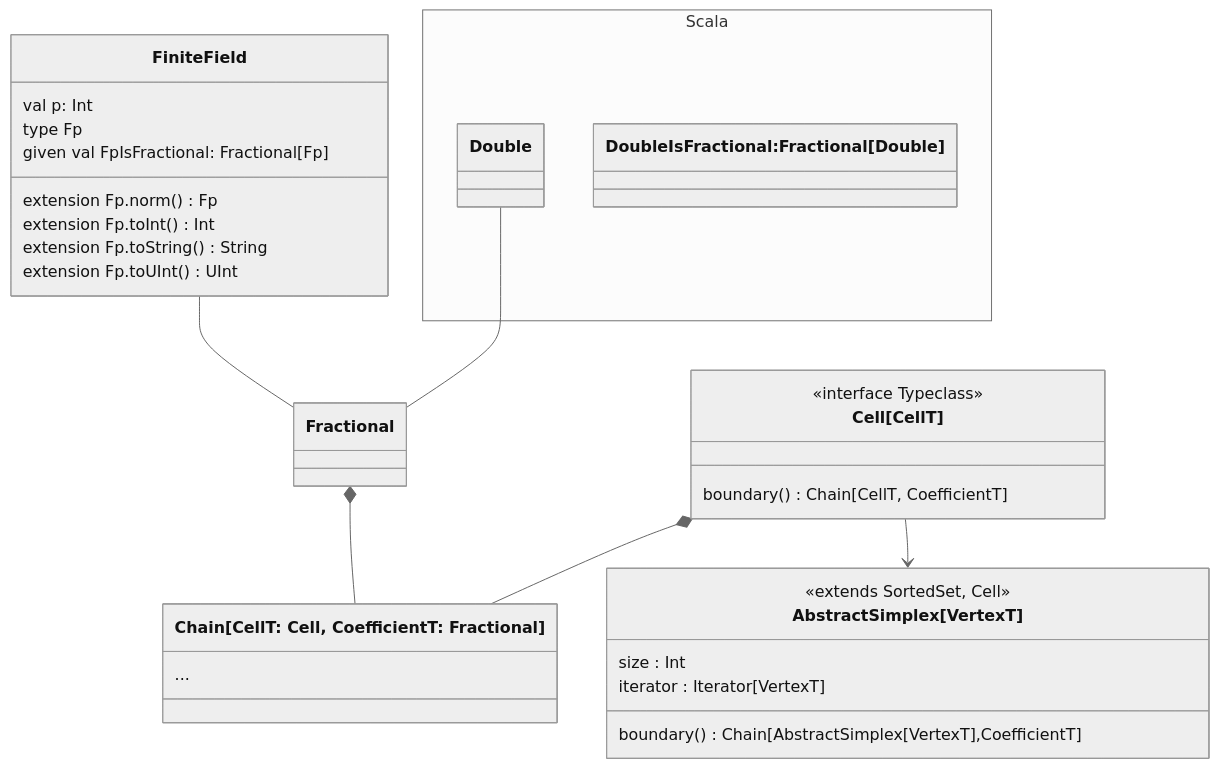
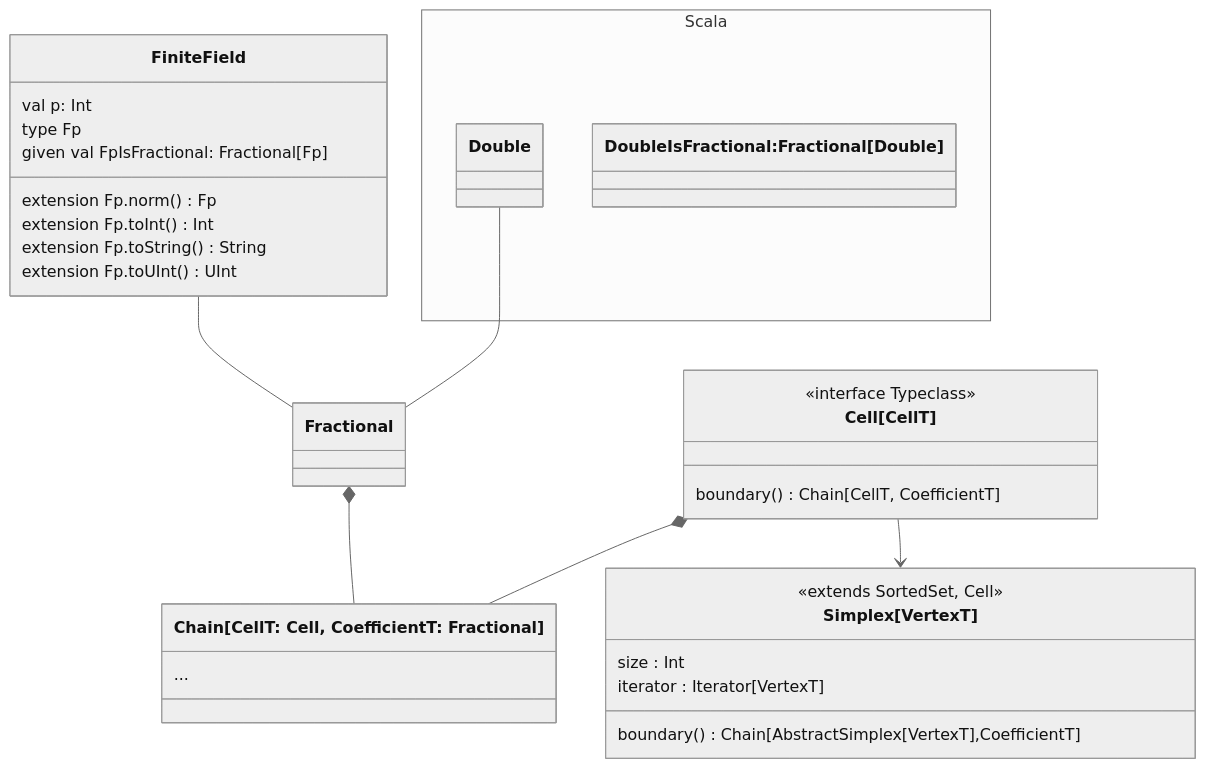
The first of 2 diagrams in src/main/paradox/developers-guide/class-diagrams.md (appliedtopology/tda4j), drawn with Mermaid (neutral theme) before and after one commit. The commit also changed other lines of this file and 18 other files, not shown here.

````diff
--- a/src/main/paradox/developers-guide/class-diagrams.md
+++ b/src/main/paradox/developers-guide/class-diagrams.md
@@ -11,40 +11,40 @@
 ```mermaid
 classDiagram
     class FiniteField {
         val p: Int
         type Fp
         given val FpIsFractional: Fractional[Fp]
         extension Fp.norm() Fp
         extension Fp.toInt() Int
         extension Fp.toString() String
         extension Fp.toUInt() UInt
     }
     namespace Scala {
         class Double {
         }
 
         class `DoubleIsFractional:Fractional[Double]` {
         }
     }
     FiniteField -- Fractional
 
     class `Chain[CellT: Cell, CoefficientT: Fractional]` {
         ...
     }
 
     Double -- Fractional
 
     Fractional *-- `Chain[CellT: Cell, CoefficientT: Fractional]`
     `Cell[CellT]` *-- `Chain[CellT: Cell, CoefficientT: Fractional]`
-    `Cell[CellT]` --> `AbstractSimplex[VertexT]`
+    `Cell[CellT]` --> `Simplex[VertexT]`
     class `Cell[CellT]` {
 <<interface Typeclass>>
 boundary() Chain[CellT, CoefficientT]
 }
-class `AbstractSimplex[VertexT]` {
+class `Simplex[VertexT]` {
 <<extends SortedSet, Cell>>
 size : Int
 iterator : Iterator[VertexT]
 boundary() Chain[AbstractSimplex[VertexT],CoefficientT]
 }
 ```
````
